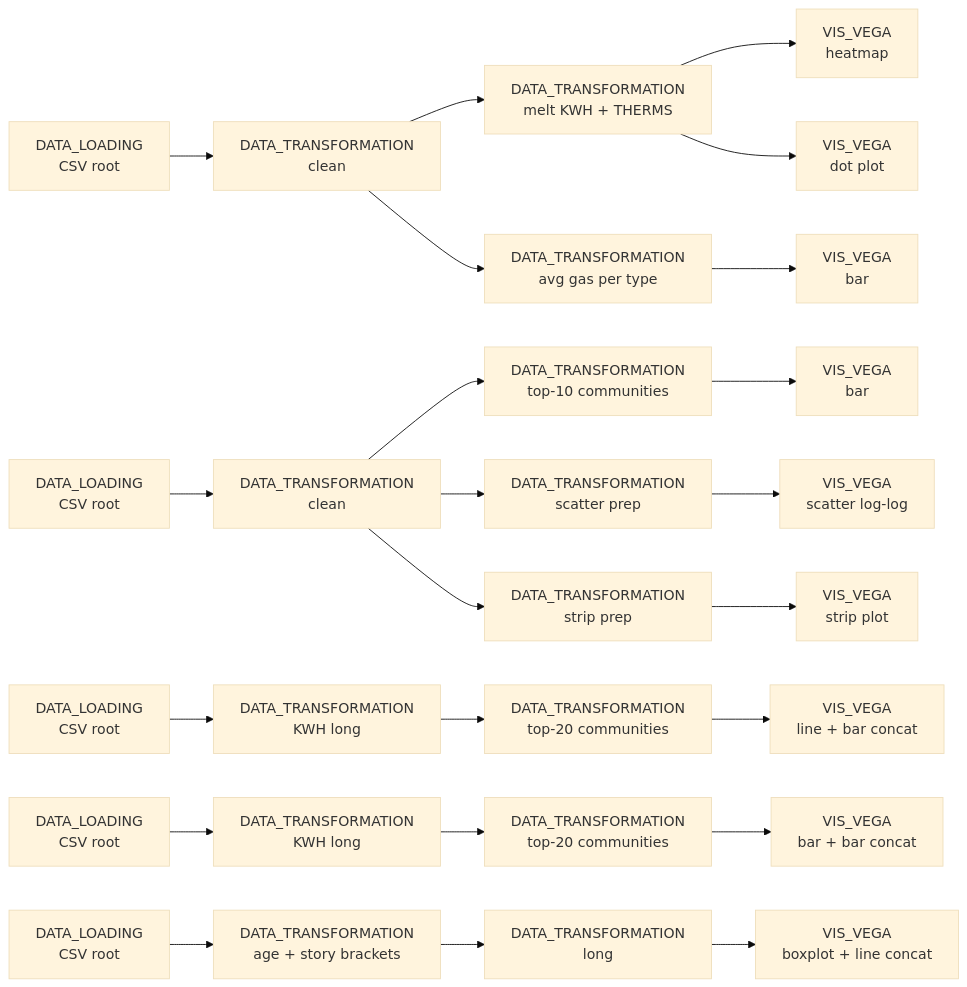
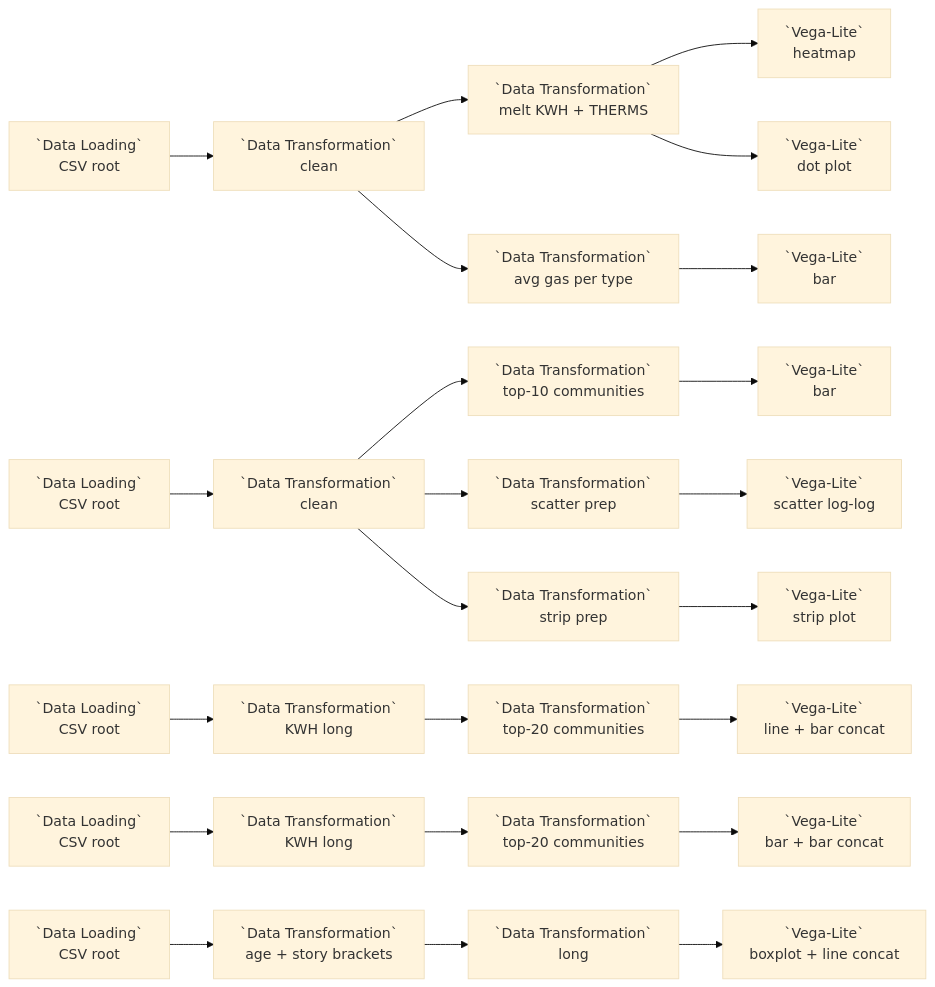
Before and after one commit to urban-toolkit/curio: the diagram in docs/examples/05-vega-lite-multi-view-drilldown.md, drawn with Mermaid (base theme). The commit also changed other lines of this file and 11 other files, not shown here.

````diff
--- a/docs/examples/05-vega-lite-multi-view-drilldown.md
+++ b/docs/examples/05-vega-lite-multi-view-drilldown.md
@@ -9,17 +9,17 @@
 ```mermaid
 flowchart LR
-  L1[DATA_LOADING<br/>CSV root] --> C1[DATA_TRANSFORMATION<br/>clean]
-  C1 --> M1[DATA_TRANSFORMATION<br/>melt KWH + THERMS] --> H1[VIS_VEGA<br/>heatmap]
-  M1 --> H2[VIS_VEGA<br/>dot plot]
-  C1 --> G1[DATA_TRANSFORMATION<br/>avg gas per type] --> H3[VIS_VEGA<br/>bar]
+  L1[`Data Loading`<br/>CSV root] --> C1[`Data Transformation`<br/>clean]
+  C1 --> M1[`Data Transformation`<br/>melt KWH + THERMS] --> H1[`Vega-Lite`<br/>heatmap]
+  M1 --> H2[`Vega-Lite`<br/>dot plot]
+  C1 --> G1[`Data Transformation`<br/>avg gas per type] --> H3[`Vega-Lite`<br/>bar]
 
-  L2[DATA_LOADING<br/>CSV root] --> C2[DATA_TRANSFORMATION<br/>clean] --> T2a[DATA_TRANSFORMATION<br/>top-10 communities] --> V2a[VIS_VEGA<br/>bar]
-  C2 --> T2b[DATA_TRANSFORMATION<br/>scatter prep] --> V2b[VIS_VEGA<br/>scatter log-log]
-  C2 --> T2c[DATA_TRANSFORMATION<br/>strip prep] --> V2c[VIS_VEGA<br/>strip plot]
+  L2[`Data Loading`<br/>CSV root] --> C2[`Data Transformation`<br/>clean] --> T2a[`Data Transformation`<br/>top-10 communities] --> V2a[`Vega-Lite`<br/>bar]
+  C2 --> T2b[`Data Transformation`<br/>scatter prep] --> V2b[`Vega-Lite`<br/>scatter log-log]
+  C2 --> T2c[`Data Transformation`<br/>strip prep] --> V2c[`Vega-Lite`<br/>strip plot]
 
-  L3[DATA_LOADING<br/>CSV root] --> C3[DATA_TRANSFORMATION<br/>KWH long] --> T3[DATA_TRANSFORMATION<br/>top-20 communities] --> V3[VIS_VEGA<br/>line + bar concat]
+  L3[`Data Loading`<br/>CSV root] --> C3[`Data Transformation`<br/>KWH long] --> T3[`Data Transformation`<br/>top-20 communities] --> V3[`Vega-Lite`<br/>line + bar concat]
 
-  L4[DATA_LOADING<br/>CSV root] --> C4[DATA_TRANSFORMATION<br/>KWH long] --> T4[DATA_TRANSFORMATION<br/>top-20 communities] --> V4[VIS_VEGA<br/>bar + bar concat]
+  L4[`Data Loading`<br/>CSV root] --> C4[`Data Transformation`<br/>KWH long] --> T4[`Data Transformation`<br/>top-20 communities] --> V4[`Vega-Lite`<br/>bar + bar concat]
 
-  L5[DATA_LOADING<br/>CSV root] --> C5[DATA_TRANSFORMATION<br/>age + story brackets] --> M5[DATA_TRANSFORMATION<br/>long] --> V5[VIS_VEGA<br/>boxplot + line concat]
+  L5[`Data Loading`<br/>CSV root] --> C5[`Data Transformation`<br/>age + story brackets] --> M5[`Data Transformation`<br/>long] --> V5[`Vega-Lite`<br/>boxplot + line concat]
 ```
````
